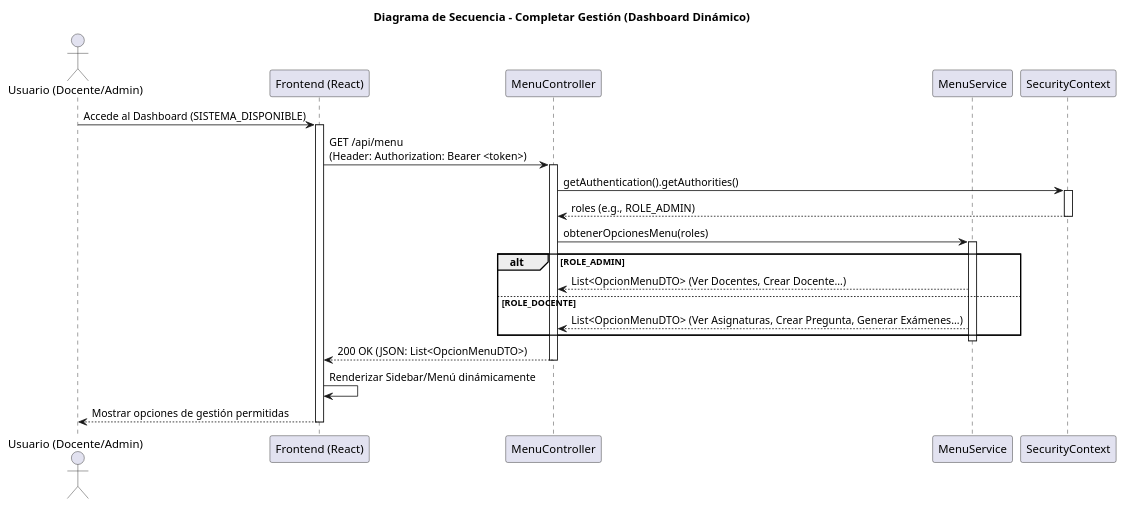
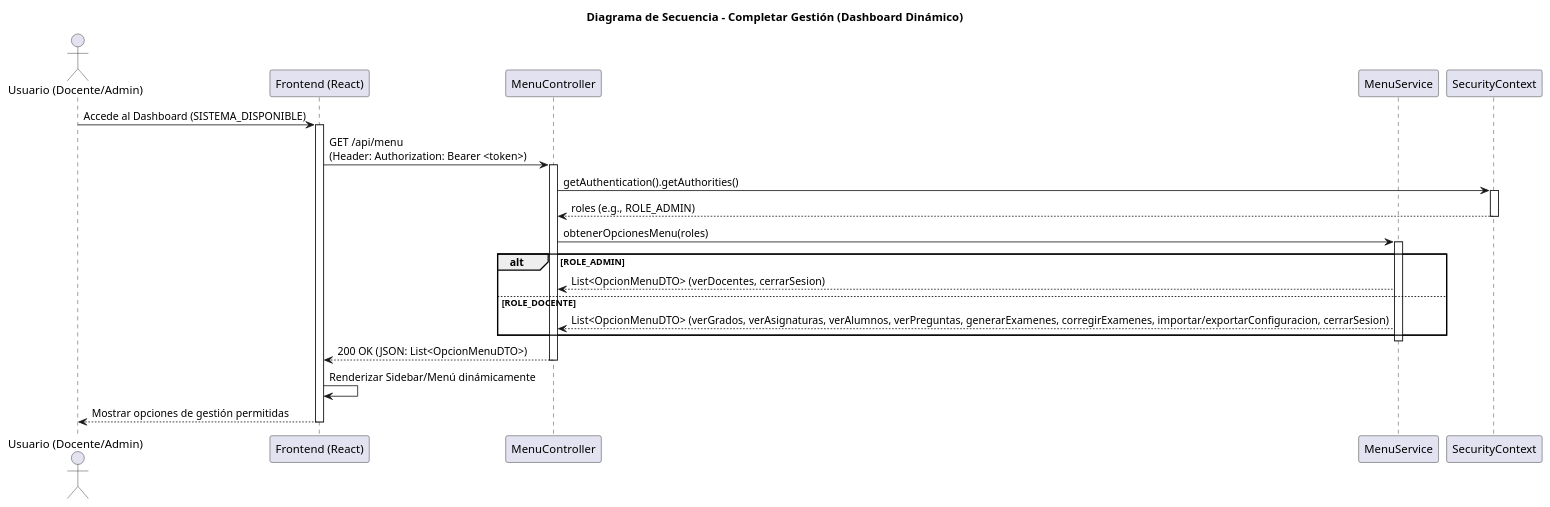
One commit to Pareyor/25-26-idsw2-sdVC changed the diagram in modelosUML/diseño/completarGestion/secuencia.puml. Above: the diagram before and after it, drawn with PlantUML. The commit also changed 2 other files, not shown here.

Commit message:
fix: corrige la falta de opciones en el menu del caso de uso completarGestion

```diff
--- a/modelosUML/diseño/completarGestion/secuencia.puml
+++ b/modelosUML/diseño/completarGestion/secuencia.puml
@@ -1,38 +1,38 @@
 @startuml
 title Diagrama de Secuencia - Completar Gestión (Dashboard Dinámico)
 
 actor "Usuario (Docente/Admin)" as Actor
 participant "Frontend (React)" as FE
 participant "MenuController" as Controller
 participant "MenuService" as Service
 participant "SecurityContext" as Context
 
 Actor -> FE: Accede al Dashboard (SISTEMA_DISPONIBLE)
 activate FE
 
 FE -> Controller: GET /api/menu\n(Header: Authorization: Bearer <token>)
 activate Controller
 
 Controller -> Context: getAuthentication().getAuthorities()
 activate Context
 Context --> Controller: roles (e.g., ROLE_ADMIN)
 deactivate Context
 
 Controller -> Service: obtenerOpcionesMenu(roles)
 activate Service
 
 alt ROLE_ADMIN
-    Service --> Controller: List<OpcionMenuDTO> (Ver Docentes, Crear Docente...)
+    Service --> Controller: List<OpcionMenuDTO> (verDocentes, cerrarSesion)
 else ROLE_DOCENTE
-    Service --> Controller: List<OpcionMenuDTO> (Ver Asignaturas, Crear Pregunta, Generar Exámenes...)
+    Service --> Controller: List<OpcionMenuDTO> (verGrados, verAsignaturas, verAlumnos, verPreguntas, generarExamenes, corregirExamenes, importar/exportarConfiguracion, cerrarSesion)
 end
 deactivate Service
 
 Controller --> FE: 200 OK (JSON: List<OpcionMenuDTO>)
 deactivate Controller
 
 FE -> FE: Renderizar Sidebar/Menú dinámicamente
 FE --> Actor: Mostrar opciones de gestión permitidas
 deactivate FE
 
 @enduml
```
